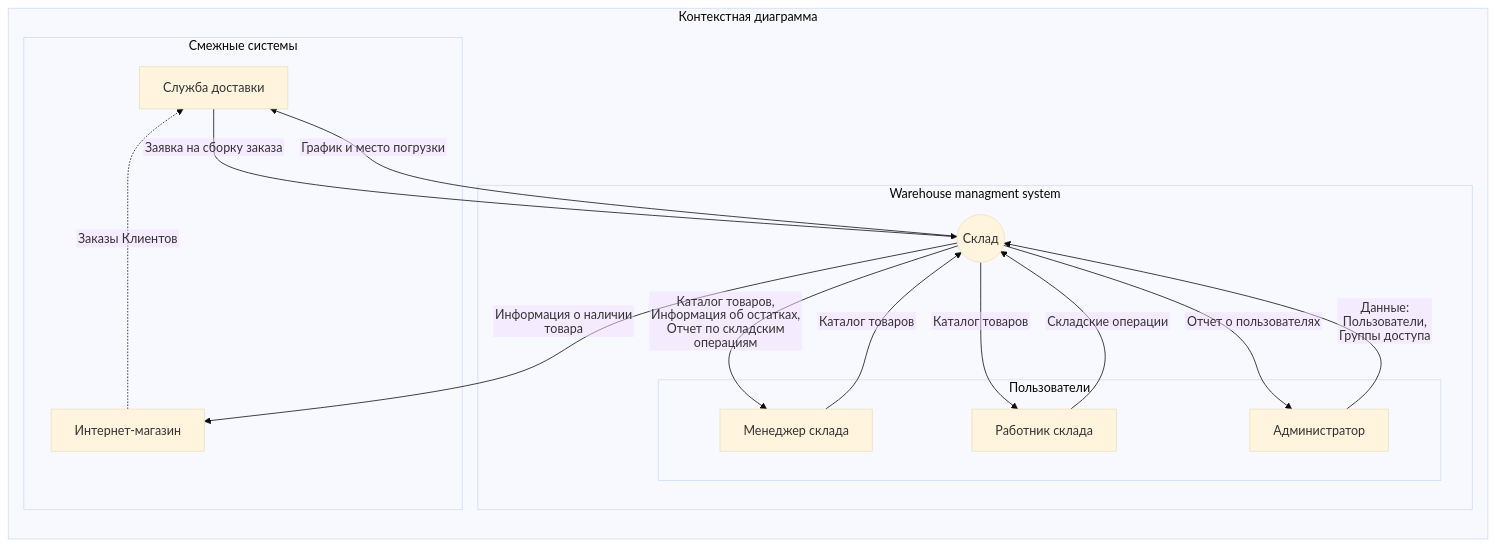
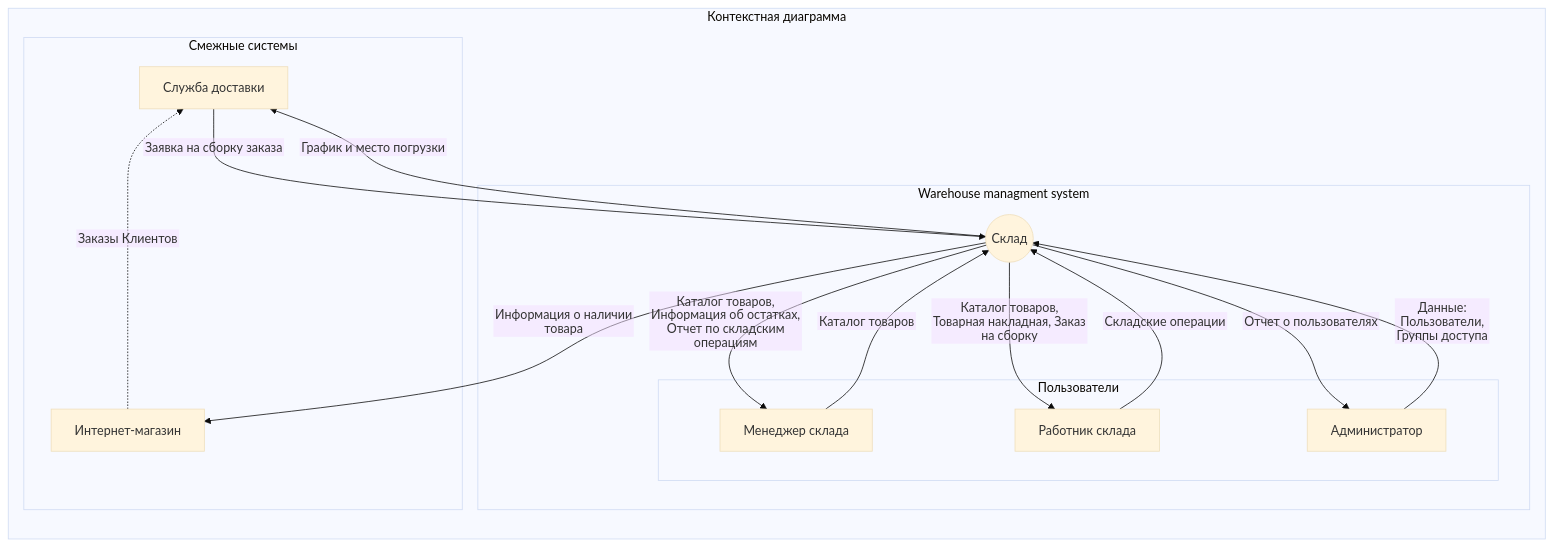
Before and after one commit to PortnovAlex80/node_js_pro: the first of 11 diagrams in README.md, drawn with Mermaid (base theme). The commit also changed other lines of this file, not shown here.

````diff
--- a/README.md
+++ b/README.md
@@ -304,39 +312,39 @@
 ```mermaid
-
 %%{init: {"flowchart": {"htmlLabels": false}} }%%
 graph LR
 
 subgraph Systems["Контекстная диаграмма"]
 subgraph WMSystem["Warehouse managment system"]
 WMS(("Склад"))
   subgraph Users["Пользователи"]
   MGR["Менеджер склада"]
   EMPLOYEE["Работник склада"]
   ADMIN["Администратор"]
   end
  end
 
 subgraph Context["Смежные системы"]
  DELIVERY["Служба доставки"]
  INTERNET_SHOP["Интернет-магазин"]
  end
 end
 	              
 	MGR--> |Каталог товаров|WMS
 	WMS -->|"Каталог товаров,
 Информация об остатках,  
 Отчет по складским операциям"| MGR
 	
 	EMPLOYEE-->|Складские операции|WMS
-    WMS -->|Каталог товаров| EMPLOYEE
+    WMS -->|"Каталог товаров,  
+Товарная накладная, Заказ на сборку"| EMPLOYEE
 	
 	ADMIN--> |"Данные:
 Пользователи,
 Группы доступа"|WMS
 	WMS --> |"Отчет о пользователях"|ADMIN
 		
 	WMS --> |Информация о наличии товара|INTERNET_SHOP
 	INTERNET_SHOP -.-> |Заказы Клиентов|DELIVERY 
 	DELIVERY--> |Заявка на сборку заказа|WMS 
 	WMS --> |"График и место погрузки"|DELIVERY
 ```
````
